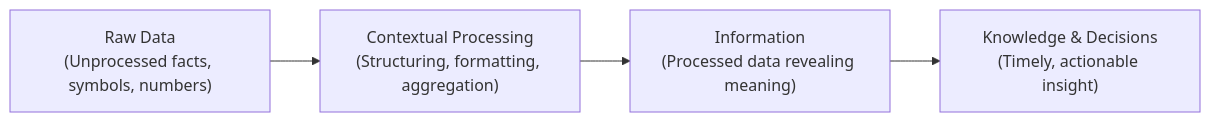
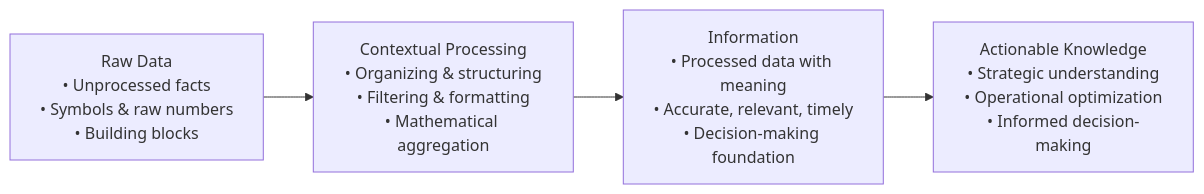
Before and after one commit to Fake1Doge/Obsidian-notes: the second of 58 diagrams in Y2S1/CCA202 Database Fundamentals.md, drawn with Mermaid. The commit also changed other lines of this file and 9 other files, not shown here.

````diff
--- a/Y2S1/CCA202 Database Fundamentals.md
+++ b/Y2S1/CCA202 Database Fundamentals.md
@@ -25,6 +84,6 @@
 ```mermaid
 flowchart LR
-    Data["Raw Data<br/>(Unprocessed facts, symbols, numbers)"] --> Processing["Contextual Processing<br/>(Structuring, formatting, aggregation)"]
-    Processing --> Info["Information<br/>(Processed data revealing meaning)"]
-    Info --> Decision["Knowledge & Decisions<br/>(Timely, actionable insight)"]
+    Data["Raw Data<br/>• Unprocessed facts<br/>• Symbols & raw numbers<br/>• Building blocks"] --> Processing["Contextual Processing<br/>• Organizing & structuring<br/>• Filtering & formatting<br/>• Mathematical aggregation"]
+    Processing --> Info["Information<br/>• Processed data with meaning<br/>• Accurate, relevant, timely<br/>• Decision-making foundation"]
+    Info --> Knowledge["Actionable Knowledge<br/>• Strategic understanding<br/>• Operational optimization<br/>• Informed decision-making"]
 ```
````
